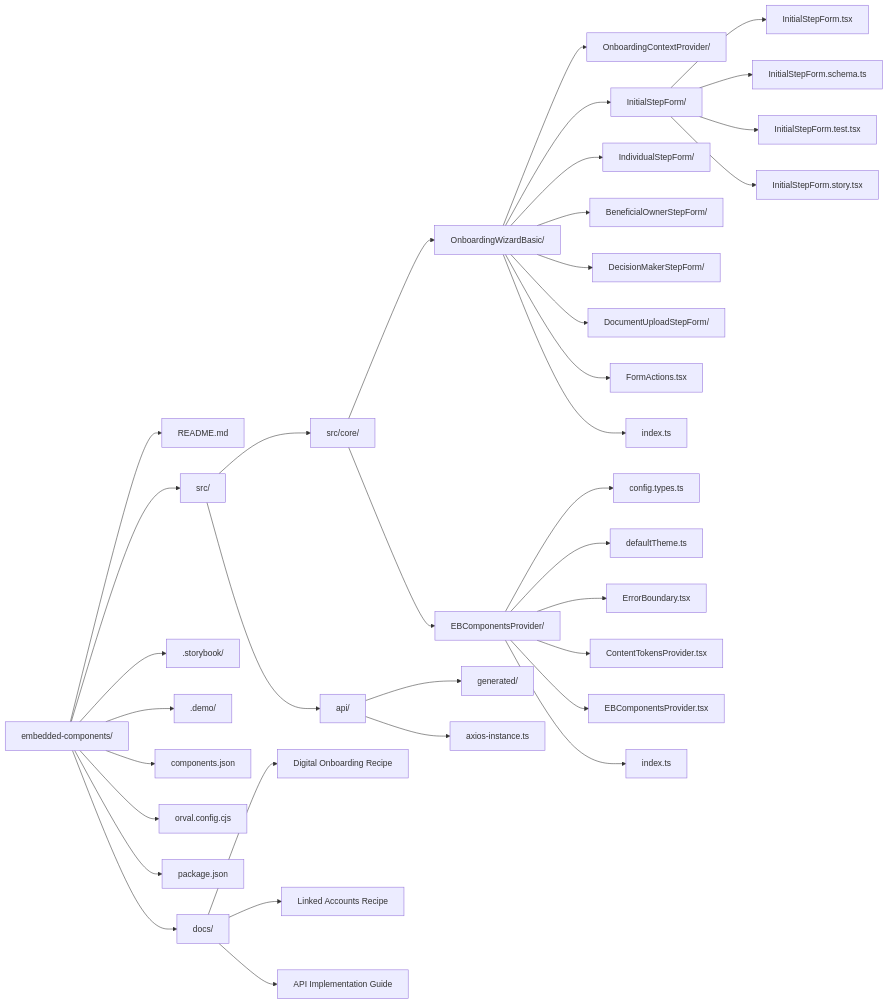
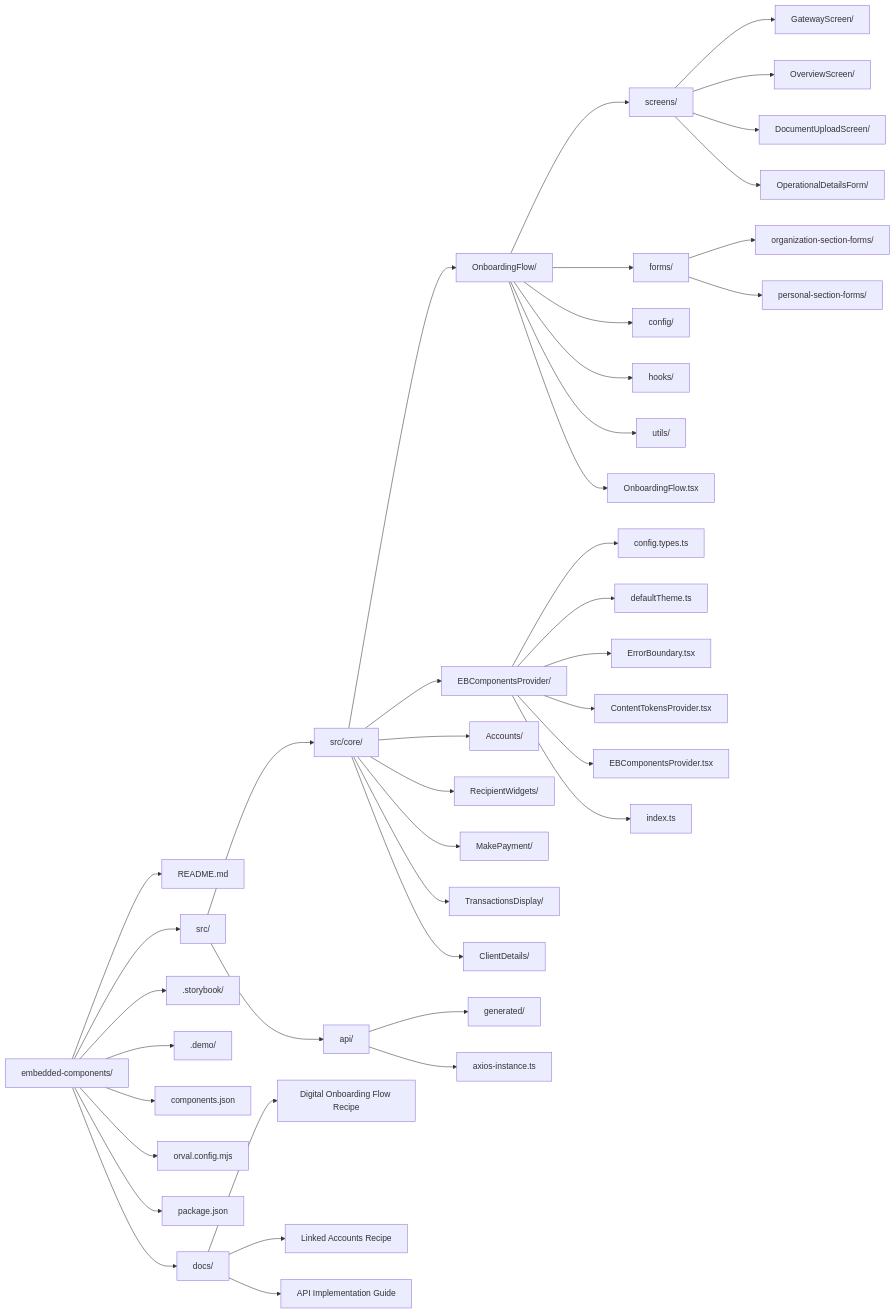
One commit to jpmorgan-payments/embedded-finance changed the diagram in embedded-components/COMPONENTS_DIAGRAM.md. Above: the diagram before and after it, drawn with Mermaid. The commit also changed other lines of this file and 70 other files, not shown here.

Commit message:
refactor!: removed OnboardingWizardBasic

````diff
--- a/embedded-components/COMPONENTS_DIAGRAM.md
+++ b/embedded-components/COMPONENTS_DIAGRAM.md
@@ -5,52 +5,61 @@
 ```mermaid
 graph LR;
     %% Root Structure
     A[embedded-components/] --> B[README.md]
     A --> C[src/]
     A --> G[.storybook/]
     A --> J[.demo/]
     A --> M[components.json]
-    A --> N[orval.config.cjs]
+    A --> N[orval.config.mjs]
     A --> O[package.json]
     A --> P[docs/]
 
     %% Core Components
     C --> CORE[src/core/]
 
-    %% OnboardingWizardBasic Structure
-    CORE --> OWB[OnboardingWizardBasic/]
-    OWB --> OWB1[OnboardingContextProvider/]
-    OWB --> OWB2[InitialStepForm/]
-    OWB --> OWB3[IndividualStepForm/]
-    OWB --> OWB4[BeneficialOwnerStepForm/]
-    OWB --> OWB5[DecisionMakerStepForm/]
-    OWB --> OWB6[DocumentUploadStepForm/]
-    OWB --> OWB7[FormActions.tsx]
-    OWB --> OWB8[index.ts]
+    %% OnboardingFlow Structure
+    CORE --> OF[OnboardingFlow/]
+    OF --> OF1[screens/]
+    OF --> OF2[forms/]
+    OF --> OF3[config/]
+    OF --> OF4[hooks/]
+    OF --> OF5[utils/]
+    OF --> OF6[OnboardingFlow.tsx]
 
-    %% Step Form Internal Structure Example
-    OWB2 --> SF1[InitialStepForm.tsx]
-    OWB2 --> SF2[InitialStepForm.schema.ts]
-    OWB2 --> SF3[InitialStepForm.test.tsx]
-    OWB2 --> SF4[InitialStepForm.story.tsx]
+    %% Screen Structure
+    OF1 --> SCR1[GatewayScreen/]
+    OF1 --> SCR2[OverviewScreen/]
+    OF1 --> SCR3[DocumentUploadScreen/]
+    OF1 --> SCR4[OperationalDetailsForm/]
+
+    %% Forms Structure
+    OF2 --> FRM1[organization-section-forms/]
+    OF2 --> FRM2[personal-section-forms/]
 
     %% EBComponentsProvider Structure
     CORE --> ECP[EBComponentsProvider/]
     ECP --> ECP1[config.types.ts]
     ECP --> ECP2[defaultTheme.ts]
     ECP --> ECP3[ErrorBoundary.tsx]
     ECP --> ECP4[ContentTokensProvider.tsx]
     ECP --> ECP5[EBComponentsProvider.tsx]
     ECP --> ECP6[index.ts]
 
+    %% Other Core Components
+    CORE --> ACC[Accounts/]
+    CORE --> RW[RecipientWidgets/]
+    CORE --> MP[MakePayment/]
+    CORE --> TD[TransactionsDisplay/]
+    CORE --> CD[ClientDetails/]
+
     %% API Layer
     C --> D[api/]
     D --> E[generated/]
     D --> F[axios-instance.ts]
 
     %% Documentation
-    P --> DOC1[Digital Onboarding Recipe]
+    P --> DOC1[Digital Onboarding Flow Recipe]
     P --> DOC2[Linked Accounts Recipe]
     P --> DOC3[API Implementation Guide]
 
 ```
````
